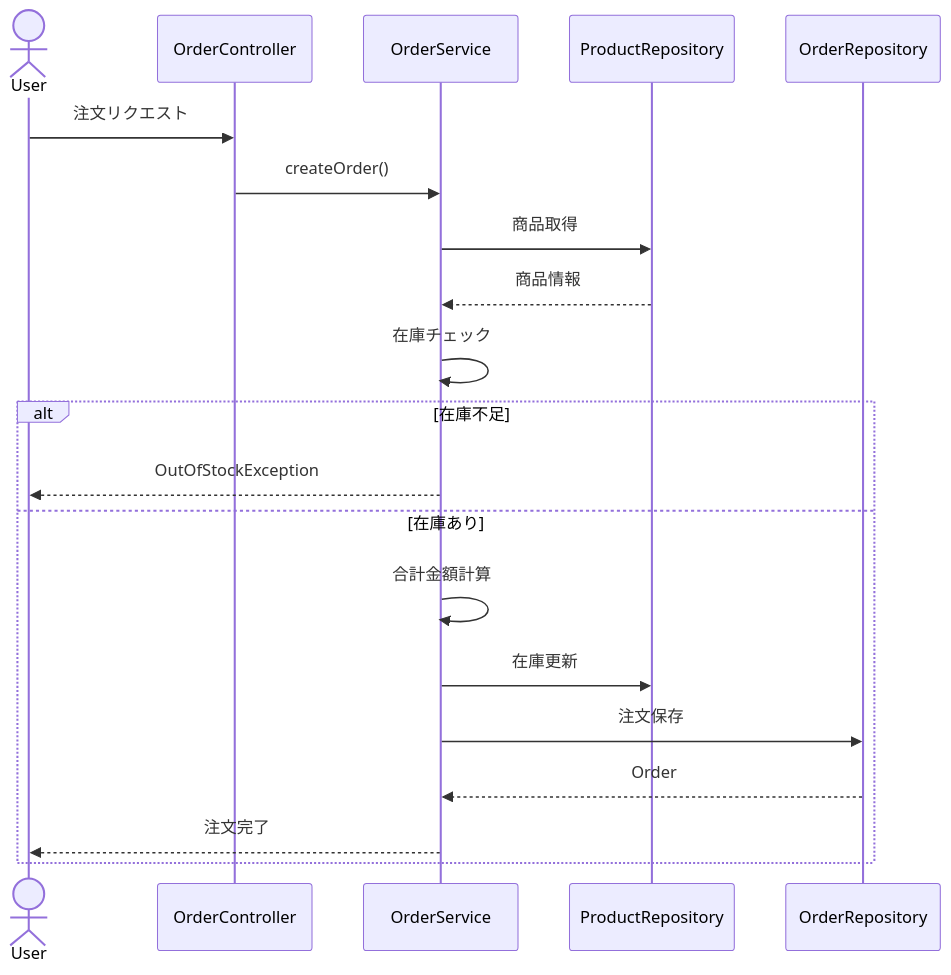
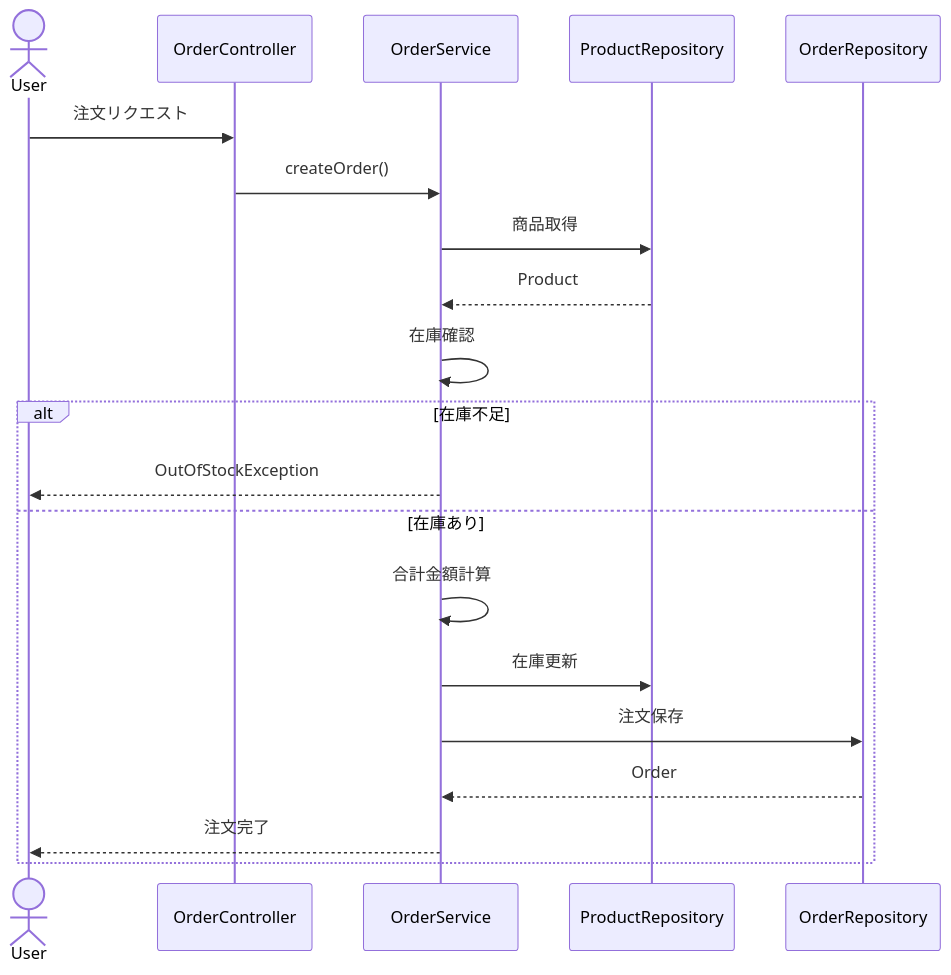
Before and after one commit to utl-flaxy/inventory-management-system: the second of 3 diagrams in README.md, drawn with Mermaid. The commit also changed other lines of this file, not shown here.

````diff
--- a/README.md
+++ b/README.md
@@ -853,33 +858,33 @@
 ```mermaid
 sequenceDiagram
 
 actor User
 
 User->>OrderController: 注文リクエスト
 
 OrderController->>OrderService: createOrder()
 
 OrderService->>ProductRepository: 商品取得
 
-ProductRepository-->>OrderService: 商品情報
+ProductRepository-->>OrderService: Product
 
-OrderService->>OrderService: 在庫チェック
+OrderService->>OrderService: 在庫確認
 
 alt 在庫不足
 
 OrderService-->>User: OutOfStockException
 
 else 在庫あり
 
 OrderService->>OrderService: 合計金額計算
 
 OrderService->>ProductRepository: 在庫更新
 
 OrderService->>OrderRepository: 注文保存
 
 OrderRepository-->>OrderService: Order
 
 OrderService-->>User: 注文完了
 
 end
 ```
````
